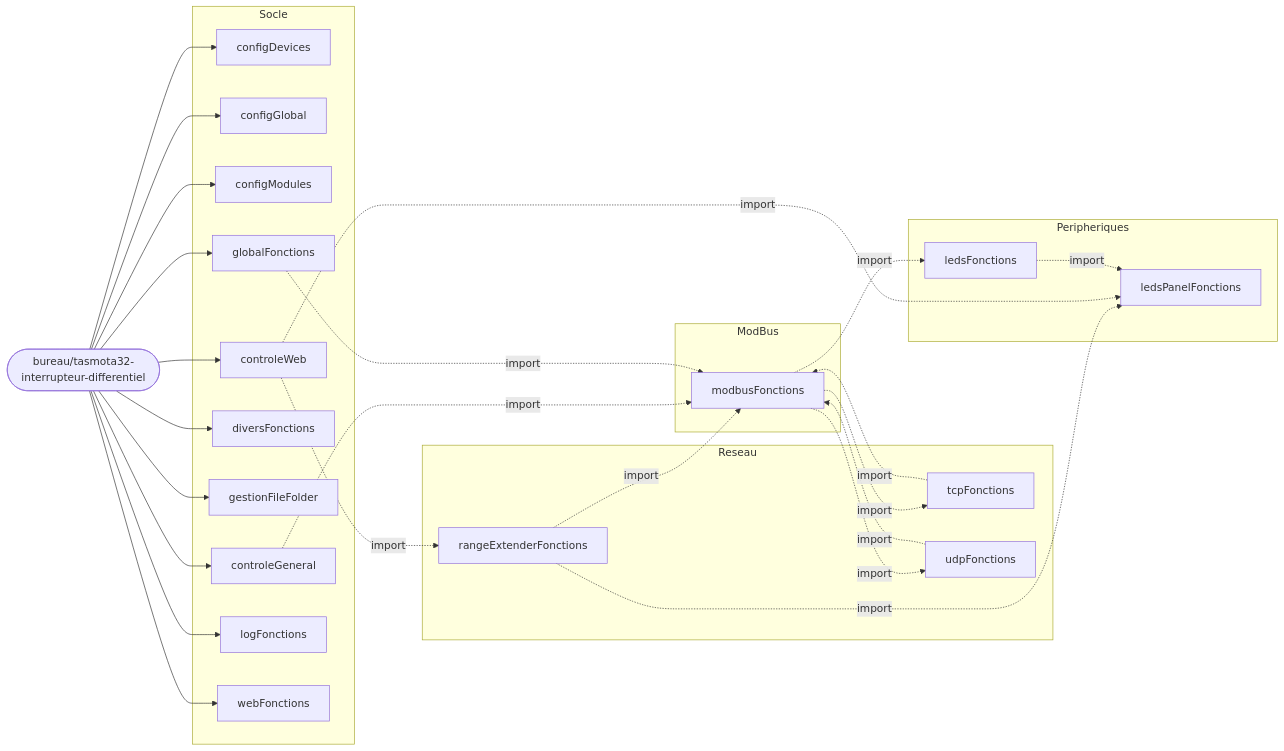
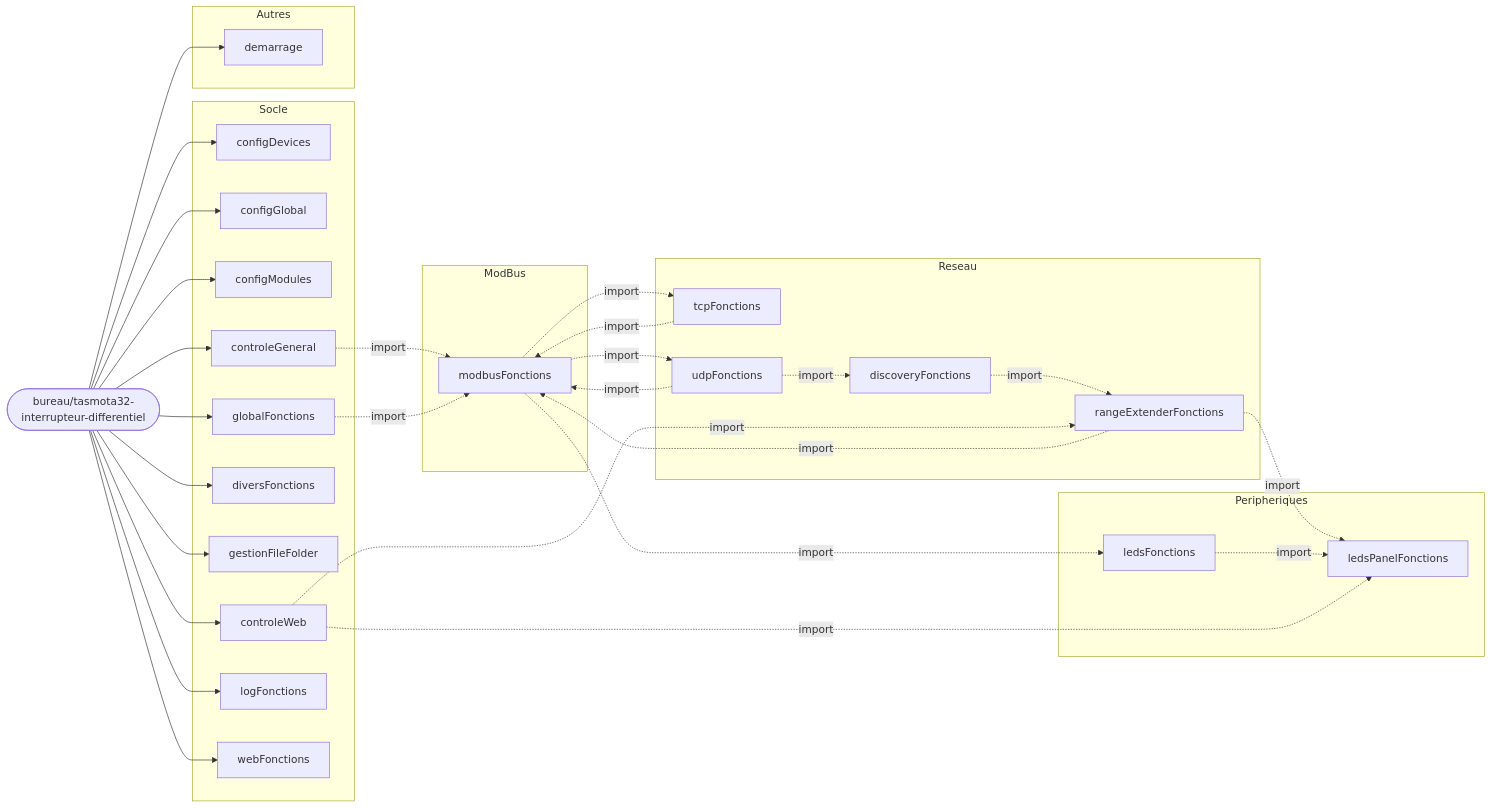
Before and after one commit to fdaubercy/Tasmota: the first of 8 diagrams in outils_docs/CARTE_MODULES_BERRY.md, drawn with Mermaid. The commit also changed other lines of this file and 18 other files, not shown here.

````diff
--- a/outils_docs/CARTE_MODULES_BERRY.md
+++ b/outils_docs/CARTE_MODULES_BERRY.md
@@ -117,50 +118,57 @@
 ```mermaid
 flowchart LR
     CARTE(["bureau/tasmota32-interrupteur-differentiel"])
     subgraph g_Socle["Socle"]
         m_configDevices["configDevices"]
         m_configGlobal["configGlobal"]
         m_configModules["configModules"]
         m_controleGeneral["controleGeneral"]
         m_controleWeb["controleWeb"]
         m_diversFonctions["diversFonctions"]
         m_gestionFileFolder["gestionFileFolder"]
         m_globalFonctions["globalFonctions"]
         m_logFonctions["logFonctions"]
         m_webFonctions["webFonctions"]
     end
     subgraph g_Reseau["Reseau"]
+        m_discoveryFonctions["discoveryFonctions"]
         m_rangeExtenderFonctions["rangeExtenderFonctions"]
         m_tcpFonctions["tcpFonctions"]
         m_udpFonctions["udpFonctions"]
     end
     subgraph g_ModBus["ModBus"]
         m_modbusFonctions["modbusFonctions"]
     end
     subgraph g_Peripheriques["Peripheriques"]
         m_ledsFonctions["ledsFonctions"]
         m_ledsPanelFonctions["ledsPanelFonctions"]
     end
+    subgraph g_Autres["Autres"]
+        m_demarrage["demarrage"]
+    end
     CARTE --> m_configDevices
     CARTE --> m_configGlobal
     CARTE --> m_configModules
     CARTE --> m_controleGeneral
     CARTE --> m_controleWeb
     CARTE --> m_diversFonctions
     CARTE --> m_gestionFileFolder
     CARTE --> m_globalFonctions
     CARTE --> m_logFonctions
     CARTE --> m_webFonctions
+    m_udpFonctions -.->|import| m_discoveryFonctions
+    m_discoveryFonctions -.->|import| m_rangeExtenderFonctions
     m_controleWeb -.->|import| m_rangeExtenderFonctions
     m_modbusFonctions -.->|import| m_tcpFonctions
     m_modbusFonctions -.->|import| m_udpFonctions
     m_controleGeneral -.->|import| m_modbusFonctions
+    m_udpFonctions -.->|import| m_modbusFonctions
     m_rangeExtenderFonctions -.->|import| m_modbusFonctions
     m_globalFonctions -.->|import| m_modbusFonctions
     m_tcpFonctions -.->|import| m_modbusFonctions
-    m_udpFonctions -.->|import| m_modbusFonctions
     m_modbusFonctions -.->|import| m_ledsFonctions
     m_rangeExtenderFonctions -.->|import| m_ledsPanelFonctions
+    m_ledsFonctions -.->|import| m_ledsPanelFonctions
     m_controleWeb -.->|import| m_ledsPanelFonctions
-    m_ledsFonctions -.->|import| m_ledsPanelFonctions
+    CARTE --> m_demarrage
 ```
````
